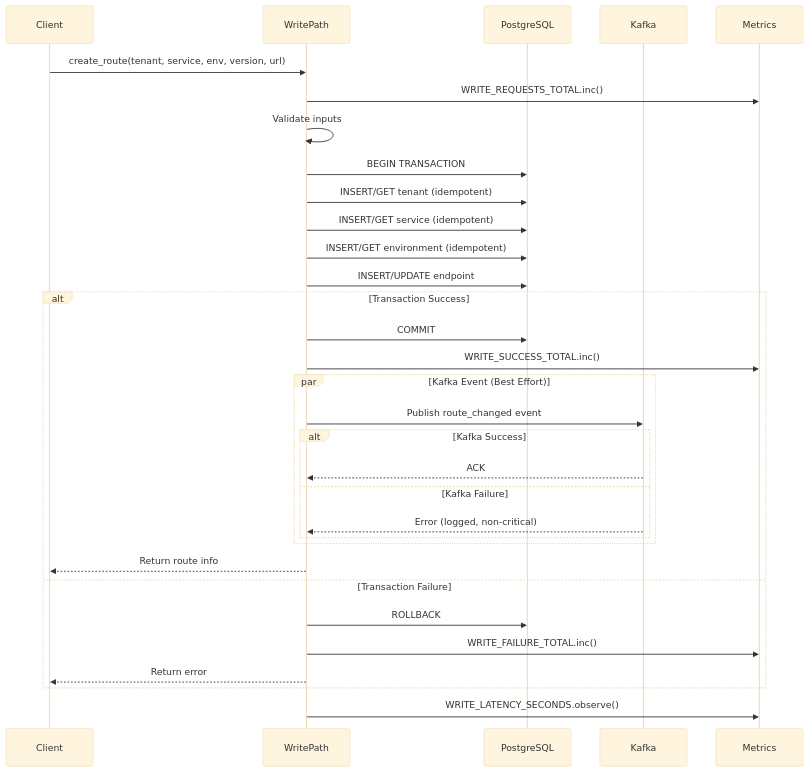
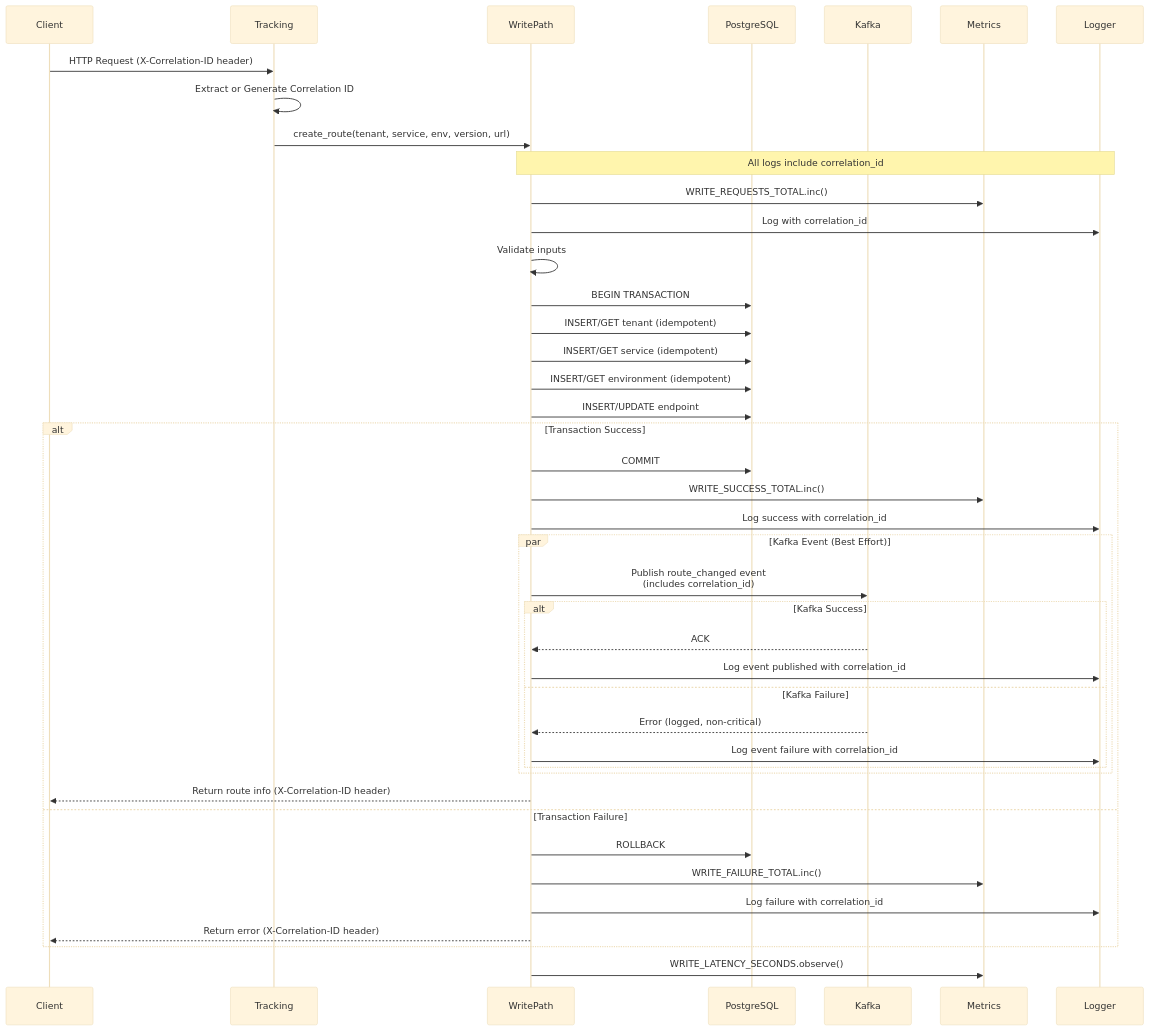
The third of 17 diagrams in architecture/diagrams.md (iamtahmad1/traffic-manager), drawn with Mermaid (base theme) before and after one commit. The commit also changed other lines of this file and 17 other files, not shown here.

First line of the commit message:
feat: Add end-to-end request tracking with correlation IDs

````diff
--- a/architecture/diagrams.md
+++ b/architecture/diagrams.md
@@ -118,42 +135,52 @@
 ```mermaid
 sequenceDiagram
     participant Client
+    participant Tracking
     participant WritePath
     participant PostgreSQL
     participant Kafka
     participant Metrics
+    participant Logger
     
-    Client->>WritePath: create_route(tenant, service, env, version, url)
+    Client->>Tracking: HTTP Request (X-Correlation-ID header)
+    Tracking->>Tracking: Extract or Generate Correlation ID
+    Tracking->>WritePath: create_route(tenant, service, env, version, url)
+    Note over WritePath,Logger: All logs include correlation_id
     WritePath->>Metrics: WRITE_REQUESTS_TOTAL.inc()
+    WritePath->>Logger: Log with correlation_id
     
     WritePath->>WritePath: Validate inputs
     
     WritePath->>PostgreSQL: BEGIN TRANSACTION
     
     WritePath->>PostgreSQL: INSERT/GET tenant (idempotent)
     WritePath->>PostgreSQL: INSERT/GET service (idempotent)
     WritePath->>PostgreSQL: INSERT/GET environment (idempotent)
     WritePath->>PostgreSQL: INSERT/UPDATE endpoint
     
     alt Transaction Success
         WritePath->>PostgreSQL: COMMIT
         WritePath->>Metrics: WRITE_SUCCESS_TOTAL.inc()
+        WritePath->>Logger: Log success with correlation_id
         
         par Kafka Event (Best Effort)
-            WritePath->>Kafka: Publish route_changed event
+            WritePath->>Kafka: Publish route_changed event<br/>(includes correlation_id)
             alt Kafka Success
                 Kafka-->>WritePath: ACK
+                WritePath->>Logger: Log event published with correlation_id
             else Kafka Failure
                 Kafka-->>WritePath: Error (logged, non-critical)
+                WritePath->>Logger: Log event failure with correlation_id
             end
         end
         
-        WritePath-->>Client: Return route info
+        WritePath-->>Client: Return route info (X-Correlation-ID header)
     else Transaction Failure
         WritePath->>PostgreSQL: ROLLBACK
         WritePath->>Metrics: WRITE_FAILURE_TOTAL.inc()
-        WritePath-->>Client: Return error
+        WritePath->>Logger: Log failure with correlation_id
+        WritePath-->>Client: Return error (X-Correlation-ID header)
     end
     
     WritePath->>Metrics: WRITE_LATENCY_SECONDS.observe()
 ```
````
